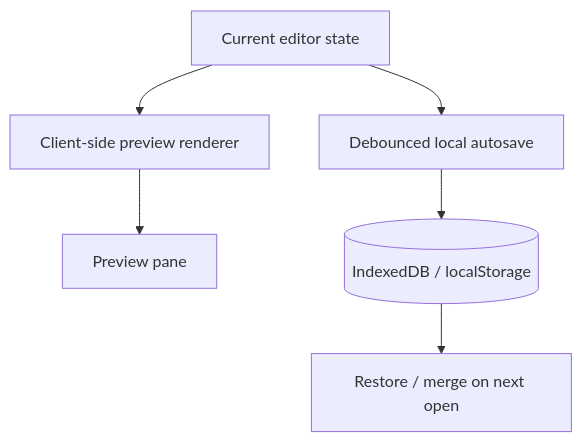
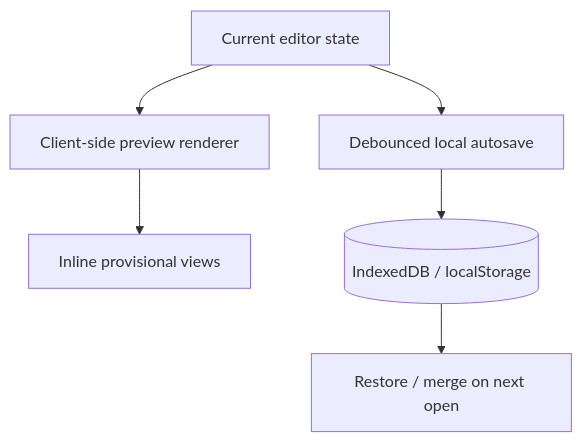
Before and after one commit to Natoandro/verso: the fourth of 4 diagrams in docs/design/editor.md, drawn with Mermaid. The commit also changed other lines of this file and 2 other files, not shown here.

Commit message:
docs(editor): specify inline section preview workflow

````diff
--- a/docs/design/editor.md
+++ b/docs/design/editor.md
@@ -243,8 +268,8 @@
 ```mermaid
 flowchart TB
     draft["Current editor state"] --> preview["Client-side preview renderer"]
     draft --> autosave["Debounced local autosave"]
-    preview --> pane["Preview pane"]
+    preview --> inline["Inline provisional views"]
     autosave --> storage[("IndexedDB / localStorage")]
     storage --> recovery["Restore / merge on next open"]
 ```
````
